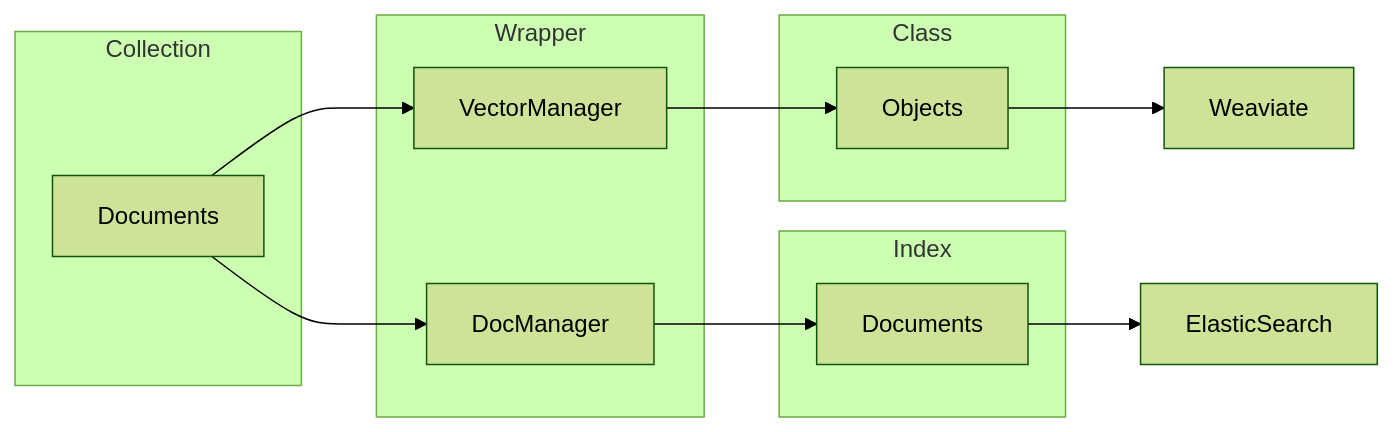
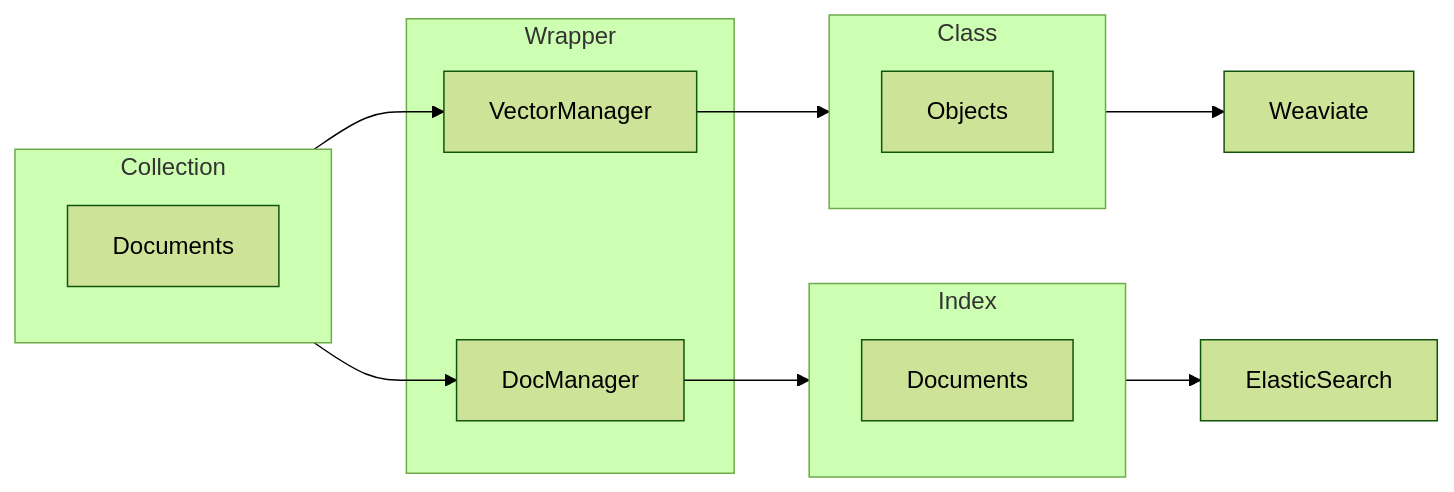
The first of 2 diagrams in README.md (ShearmanChua/mm), drawn with Mermaid (forest theme) before and after one commit. The commit also changed other lines of this file and 2 other files, not shown here.

````diff
--- a/README.md
+++ b/README.md
@@ -8,22 +8,22 @@
 ```mermaid
 graph LR;
     subgraph B[Collection]
     A[Documents]
     end
     subgraph I[Class]
     J[Objects]
     end
     subgraph K[Index]
     L[Documents]
     end
     C[VectorManager]
     D[DocManager]
     G[Weaviate]
     H[ElasticSearch]
-    A-->C-->J-->G
-    A-->D-->L-->H
+    B-->C-->I-->G
+    B-->D-->K-->H
     subgraph Wrapper
     C
     D
     end
 ```
````
